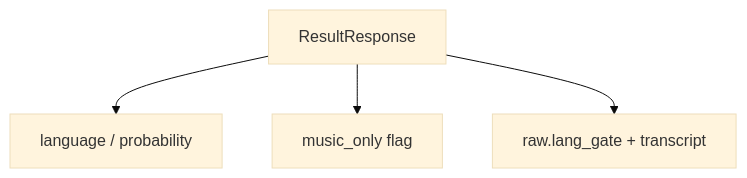
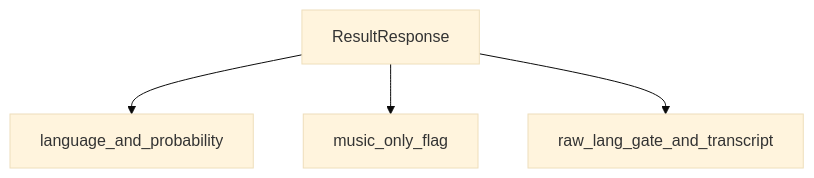
The diagram in langid_service/docs/models.md (cisco7507/LangId-mr), drawn with Mermaid (base theme) before and after one commit. The commit also changed 3 other files, not shown here.

Commit message:
docs: sanitize mermaid diagrams to avoid parser errors

````diff
--- a/langid_service/docs/models.md
+++ b/langid_service/docs/models.md
@@ -36,6 +36,6 @@
 ```mermaid
 flowchart TD
-	ResultResponse --> LanguageField["language / probability"]
-	ResultResponse --> MusicFlag["music_only flag"]
-	ResultResponse --> RawBlob["raw.lang_gate + transcript"]
+	ResultResponse --> LanguageField[language_and_probability]
+	ResultResponse --> MusicFlag[music_only_flag]
+	ResultResponse --> RawBlob[raw_lang_gate_and_transcript]
 ```
````
